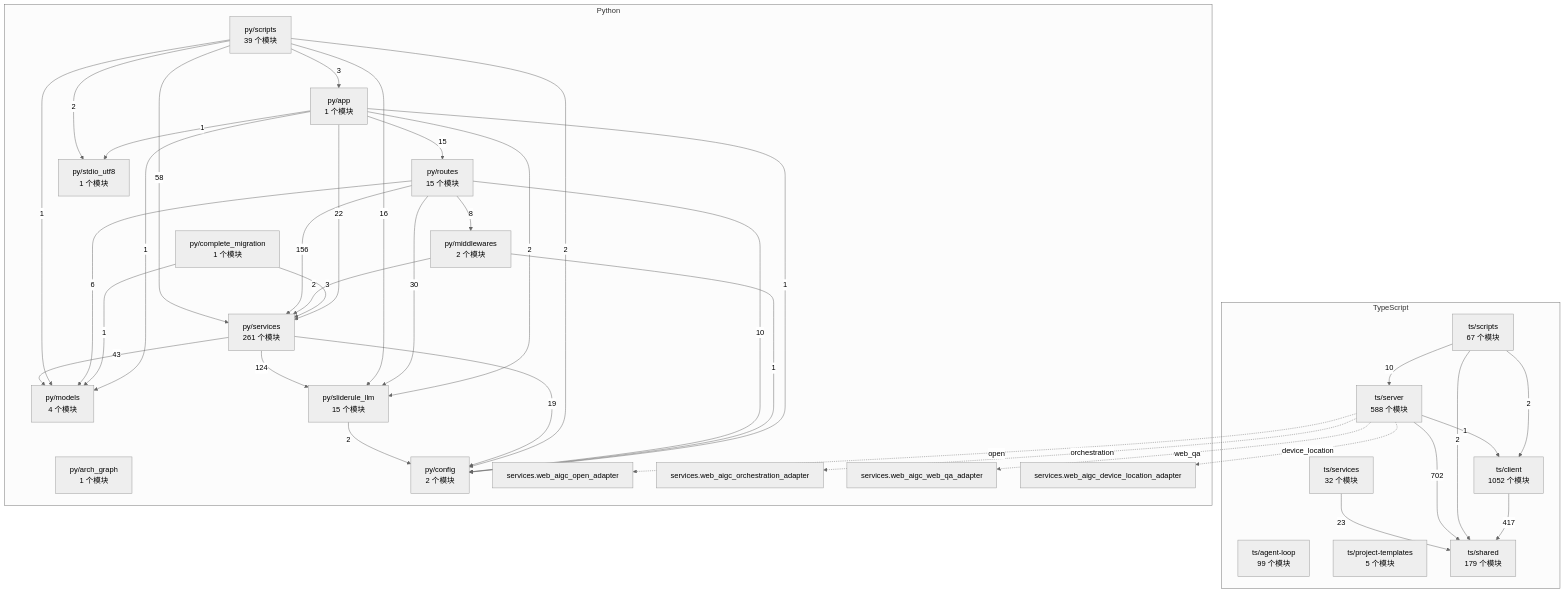
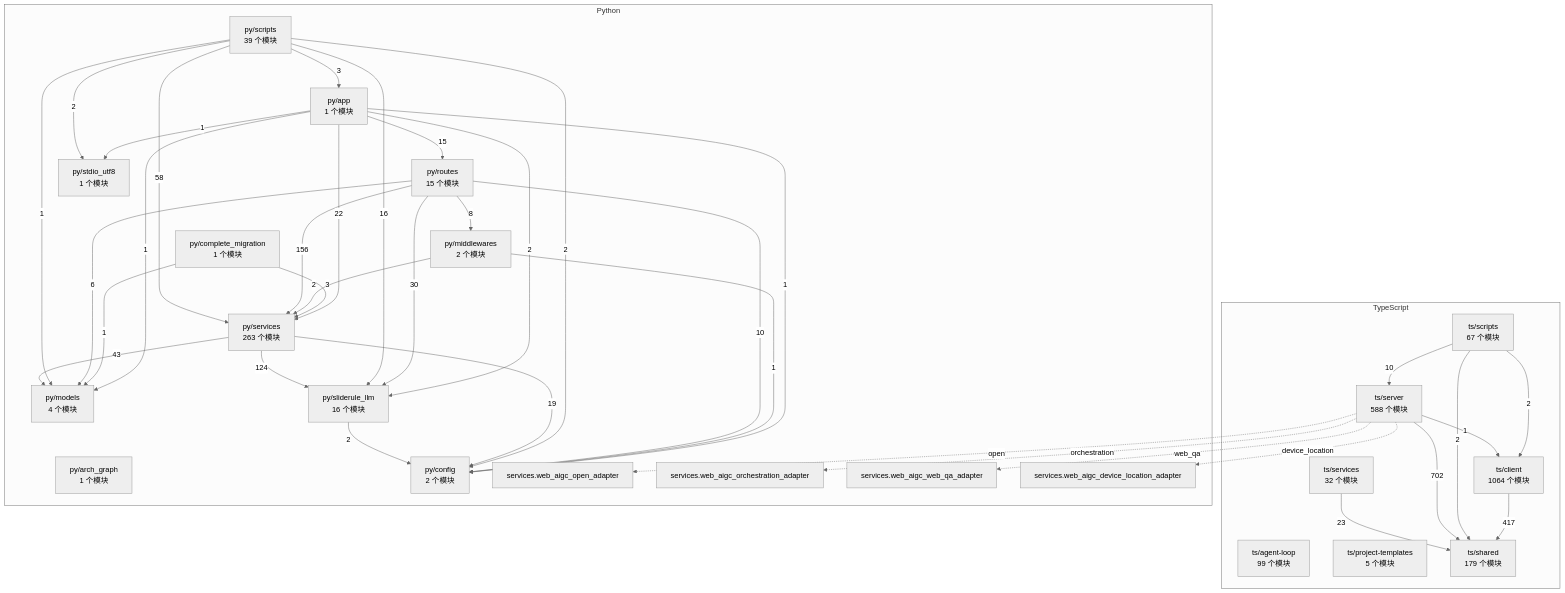
The diagram in docs/WhyBuddy 全仓架构图（自动生成）.md (2686521696/WhyBuddy), drawn with Mermaid (neutral theme) before and after one commit. The commit also changed 91 other files, not shown here.

````diff
--- a/docs/WhyBuddy 全仓架构图（自动生成）.md
+++ b/docs/WhyBuddy 全仓架构图（自动生成）.md
@@ -14,65 +14,65 @@
 ```mermaid
 flowchart TB
   subgraph ts [TypeScript]
     ts_agent_loop["ts/agent-loop<br/>99 个模块"]
-    ts_client["ts/client<br/>1052 个模块"]
+    ts_client["ts/client<br/>1064 个模块"]
     ts_project_templates["ts/project-templates<br/>5 个模块"]
     ts_scripts["ts/scripts<br/>67 个模块"]
     ts_server["ts/server<br/>588 个模块"]
     ts_services["ts/services<br/>32 个模块"]
     ts_shared["ts/shared<br/>179 个模块"]
   end
   subgraph py [Python]
     py_app["py/app<br/>1 个模块"]
     py_arch_graph["py/arch_graph<br/>1 个模块"]
     py_complete_migration["py/complete_migration<br/>1 个模块"]
     py_config["py/config<br/>2 个模块"]
     py_middlewares["py/middlewares<br/>2 个模块"]
     py_models["py/models<br/>4 个模块"]
     py_routes["py/routes<br/>15 个模块"]
     py_scripts["py/scripts<br/>39 个模块"]
-    py_services["py/services<br/>261 个模块"]
-    py_sliderule_llm["py/sliderule_llm<br/>15 个模块"]
+    py_services["py/services<br/>263 个模块"]
+    py_sliderule_llm["py/sliderule_llm<br/>16 个模块"]
     py_stdio_utf8["py/stdio_utf8<br/>1 个模块"]
     py_services_web_aigc_open_adapter["services.web_aigc_open_adapter"]
     py_services_web_aigc_orchestration_adapter["services.web_aigc_orchestration_adapter"]
     py_services_web_aigc_web_qa_adapter["services.web_aigc_web_qa_adapter"]
     py_services_web_aigc_device_location_adapter["services.web_aigc_device_location_adapter"]
   end
   ts_client -->|417| ts_shared
   ts_scripts -->|2| ts_client
   ts_scripts -->|10| ts_server
   ts_scripts -->|2| ts_shared
   ts_server -->|1| ts_client
   ts_server -->|702| ts_shared
   ts_services -->|23| ts_shared
   py_app -->|1| py_config
   py_app -->|1| py_models
   py_app -->|15| py_routes
   py_app -->|22| py_services
   py_app -->|2| py_sliderule_llm
   py_app -->|1| py_stdio_utf8
   py_complete_migration -->|1| py_models
   py_complete_migration -->|3| py_services
   py_middlewares -->|1| py_config
   py_middlewares -->|2| py_services
   py_routes -->|10| py_config
   py_routes -->|8| py_middlewares
   py_routes -->|6| py_models
   py_routes -->|156| py_services
   py_routes -->|30| py_sliderule_llm
   py_scripts -->|3| py_app
   py_scripts -->|2| py_config
   py_scripts -->|1| py_models
   py_scripts -->|58| py_services
   py_scripts -->|16| py_sliderule_llm
   py_scripts -->|2| py_stdio_utf8
   py_services -->|19| py_config
   py_services -->|43| py_models
   py_services -->|124| py_sliderule_llm
   py_sliderule_llm -->|2| py_config
   ts_server -.->|open| py_services_web_aigc_open_adapter
   ts_server -.->|orchestration| py_services_web_aigc_orchestration_adapter
   ts_server -.->|web_qa| py_services_web_aigc_web_qa_adapter
   ts_server -.->|device_location| py_services_web_aigc_device_location_adapter
 ```
````
